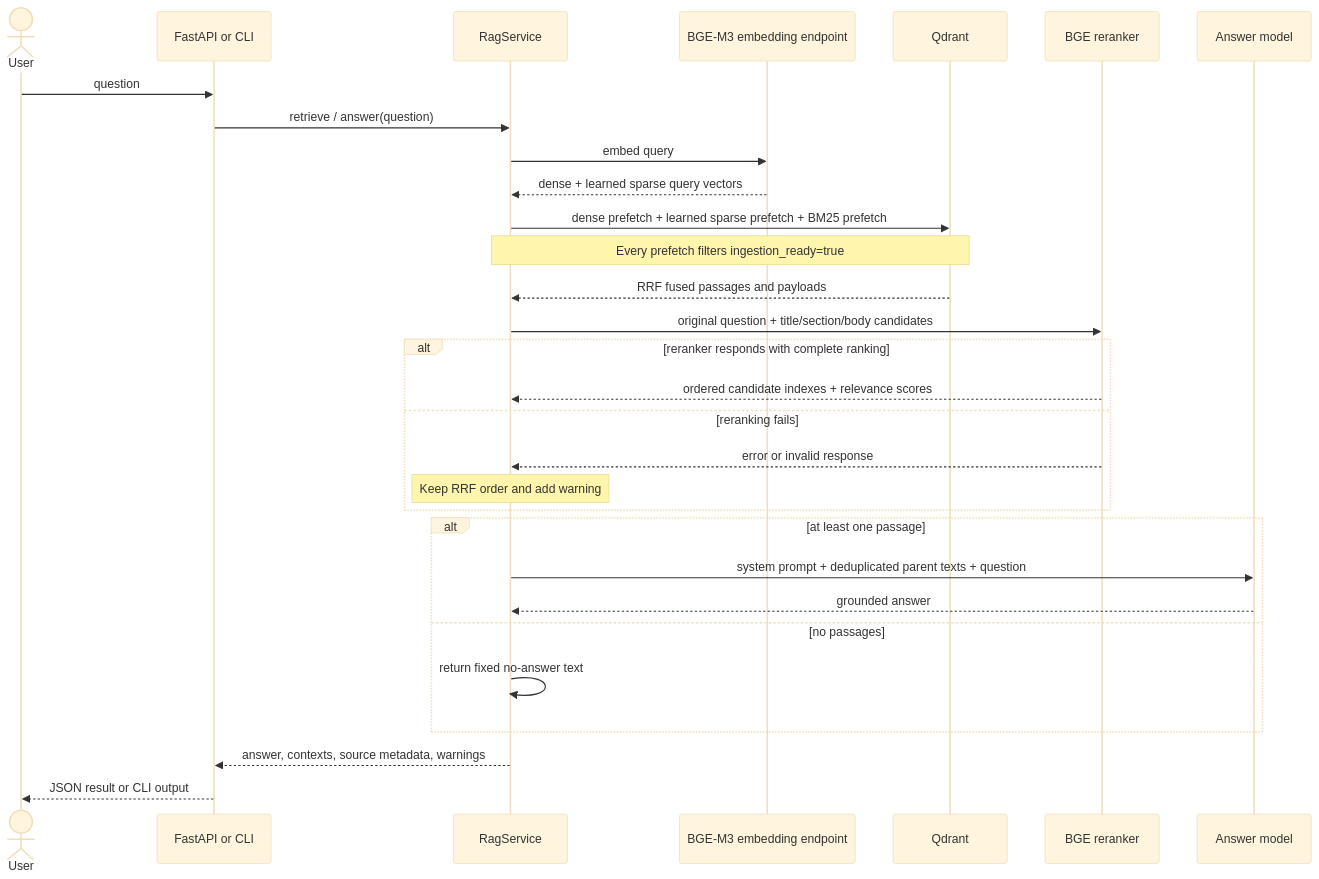
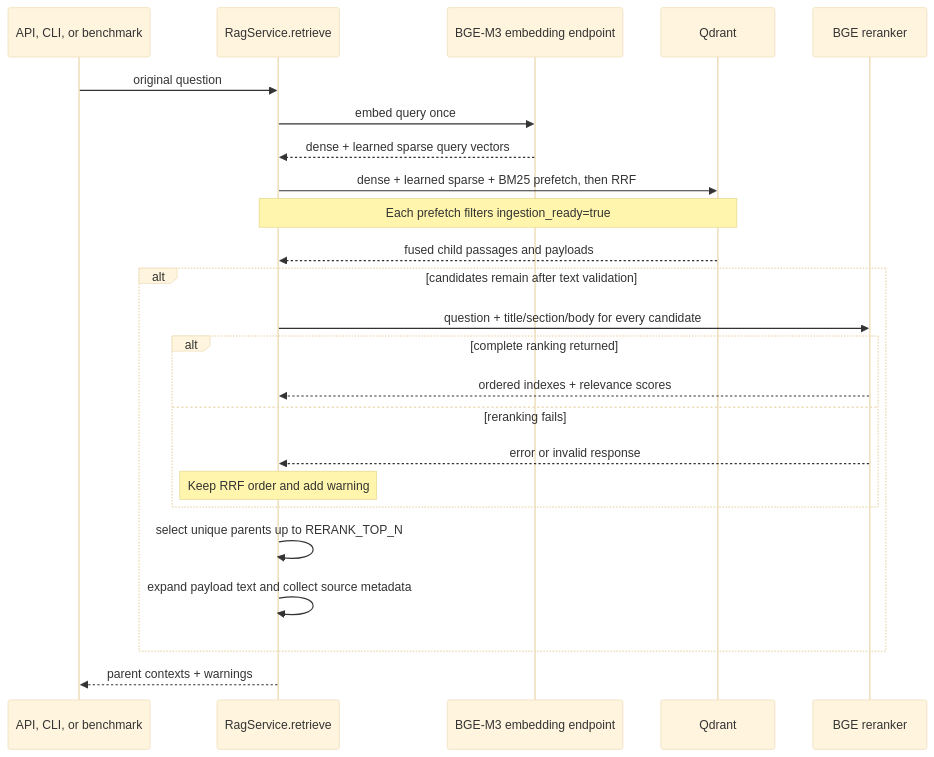
The third of 4 diagrams in docs/architecture.md (msb1/elite-rag), drawn with Mermaid (base theme) before and after one commit. The commit also changed other lines of this file and 6 other files, not shown here.

````diff
--- a/docs/architecture.md
+++ b/docs/architecture.md
@@ -237,33 +256,27 @@
 ```mermaid
 sequenceDiagram
-    actor User
-    participant API as FastAPI or CLI
-    participant RAG as RagService
+    participant Caller as API, CLI, or benchmark
+    participant RAG as RagService.retrieve
     participant Embed as BGE-M3 embedding endpoint
     participant Q as Qdrant
     participant Rank as BGE reranker
-    participant Answer as Answer model
 
-    User->>API: question
-    API->>RAG: retrieve / answer(question)
-    RAG->>Embed: embed query
+    Caller->>RAG: original question
+    RAG->>Embed: embed query once
     Embed-->>RAG: dense + learned sparse query vectors
-    RAG->>Q: dense prefetch + learned sparse prefetch + BM25 prefetch
-    Note over RAG,Q: Every prefetch filters ingestion_ready=true
-    Q-->>RAG: RRF fused passages and payloads
-    RAG->>Rank: original question + title/section/body candidates
-    alt reranker responds with complete ranking
-        Rank-->>RAG: ordered candidate indexes + relevance scores
-    else reranking fails
-        Rank-->>RAG: error or invalid response
-        Note over RAG: Keep RRF order and add warning
+    RAG->>Q: dense + learned sparse + BM25 prefetch, then RRF
+    Note over RAG,Q: Each prefetch filters ingestion_ready=true
+    Q-->>RAG: fused child passages and payloads
+    alt candidates remain after text validation
+        RAG->>Rank: question + title/section/body for every candidate
+        alt complete ranking returned
+            Rank-->>RAG: ordered indexes + relevance scores
+        else reranking fails
+            Rank-->>RAG: error or invalid response
+            Note over RAG: Keep RRF order and add warning
+        end
+        RAG->>RAG: select unique parents up to RERANK_TOP_N
+        RAG->>RAG: expand payload text and collect source metadata
     end
-    alt at least one passage
-        RAG->>Answer: system prompt + deduplicated parent texts + question
-        Answer-->>RAG: grounded answer
-    else no passages
-        RAG->>RAG: return fixed no-answer text
-    end
-    RAG-->>API: answer, contexts, source metadata, warnings
-    API-->>User: JSON result or CLI output
+    RAG-->>Caller: parent contexts + warnings
 ```
````
